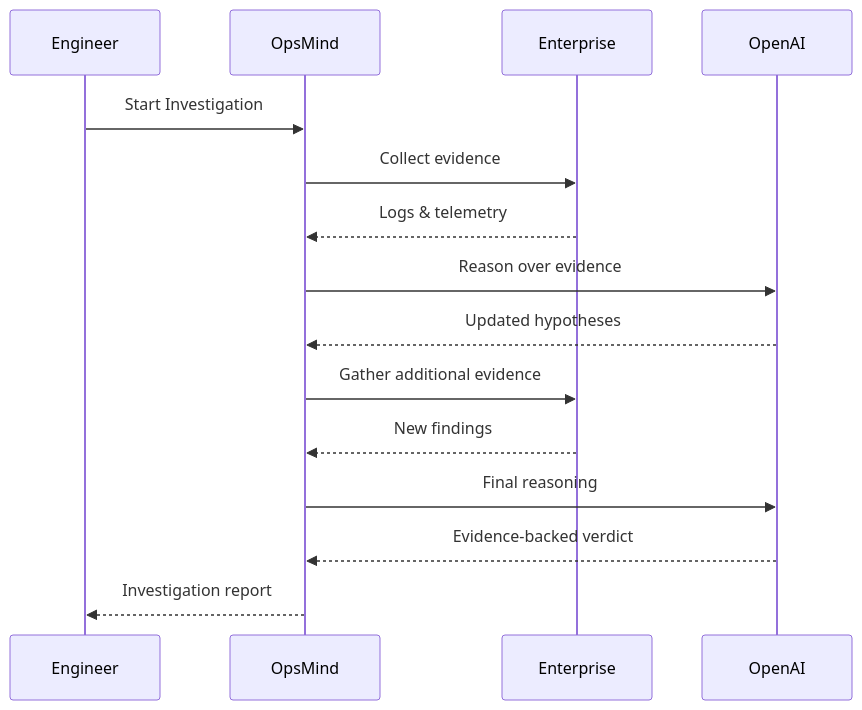
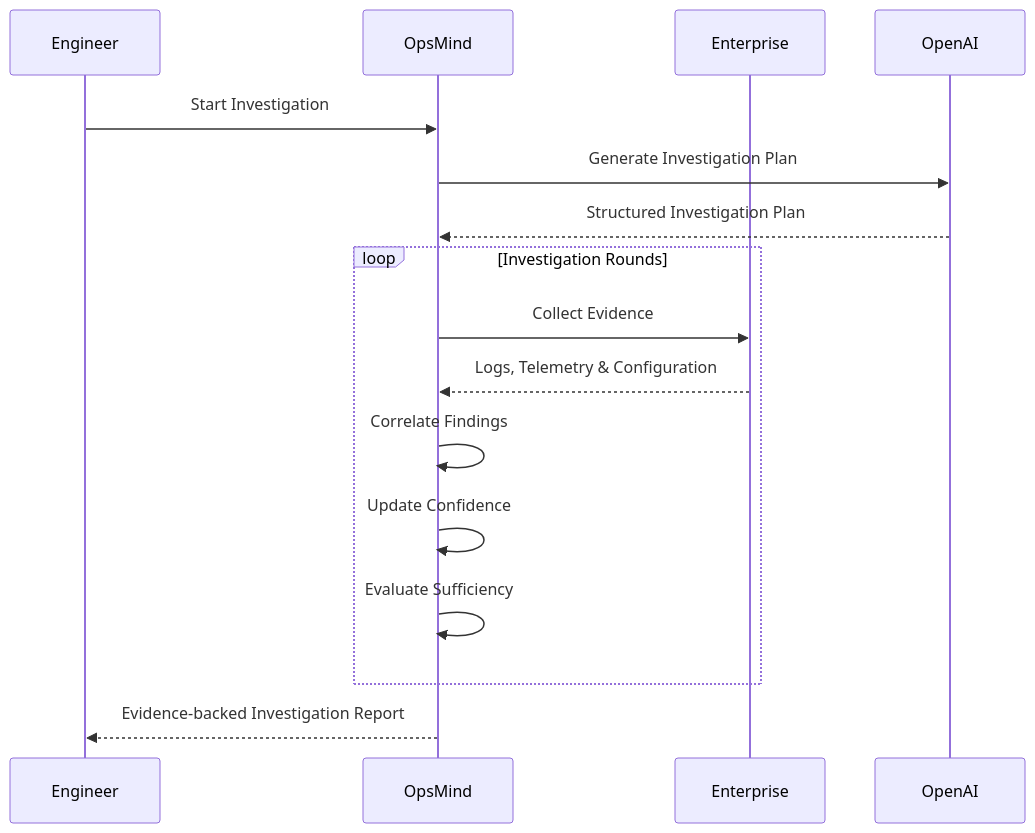
Before and after one commit to HungryBrain-bot/opsmind-hackathon: the sixth of 6 diagrams in README.md, drawn with Mermaid. The commit also changed other lines of this file, not shown here.

First line of the commit message:
Enhance README with demo and investigation details

````diff
--- a/README.md
+++ b/README.md
@@ -425,19 +440,22 @@
 ```mermaid
 sequenceDiagram
 
 participant Engineer
 participant OpsMind
 participant Enterprise
 participant OpenAI
 
 Engineer->>OpsMind: Start Investigation
-OpsMind->>Enterprise: Collect evidence
-Enterprise-->>OpsMind: Logs & telemetry
-OpsMind->>OpenAI: Reason over evidence
-OpenAI-->>OpsMind: Updated hypotheses
-OpsMind->>Enterprise: Gather additional evidence
-Enterprise-->>OpsMind: New findings
-OpsMind->>OpenAI: Final reasoning
-OpenAI-->>OpsMind: Evidence-backed verdict
-OpsMind-->>Engineer: Investigation report
+OpsMind->>OpenAI: Generate Investigation Plan
+OpenAI-->>OpsMind: Structured Investigation Plan
+
+loop Investigation Rounds
+OpsMind->>Enterprise: Collect Evidence
+Enterprise-->>OpsMind: Logs, Telemetry & Configuration
+OpsMind->>OpsMind: Correlate Findings
+OpsMind->>OpsMind: Update Confidence
+OpsMind->>OpsMind: Evaluate Sufficiency
+end
+
+OpsMind-->>Engineer: Evidence-backed Investigation Report
 ```
````
